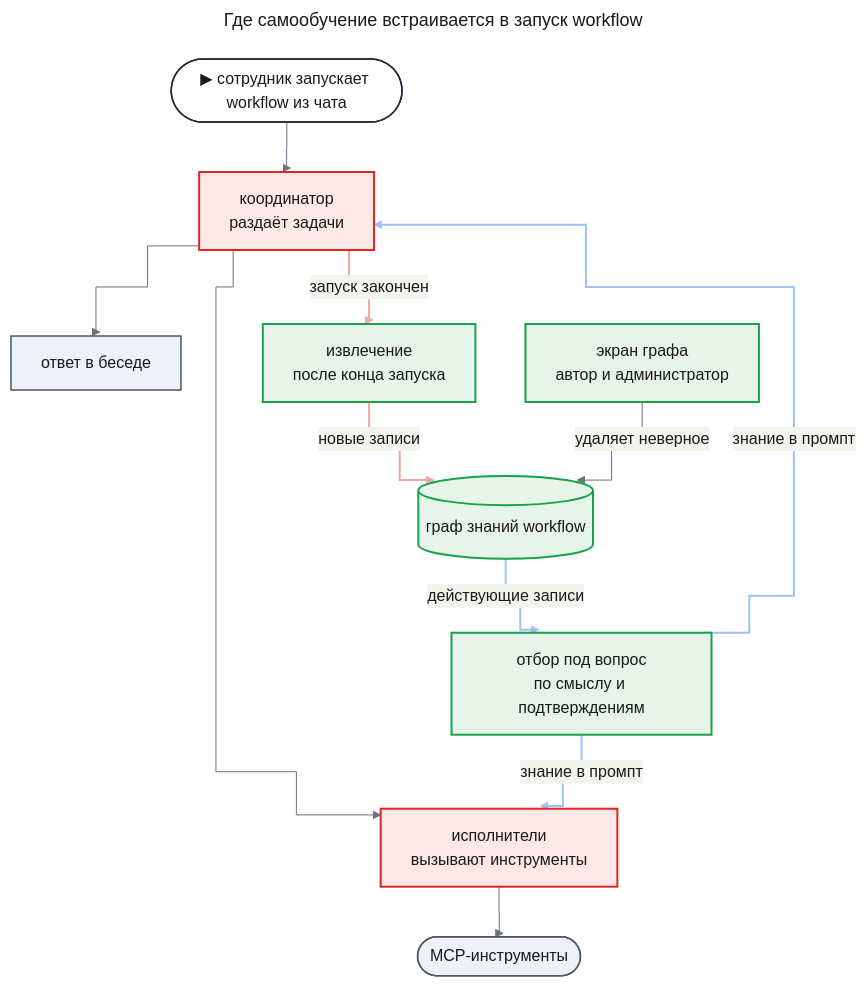
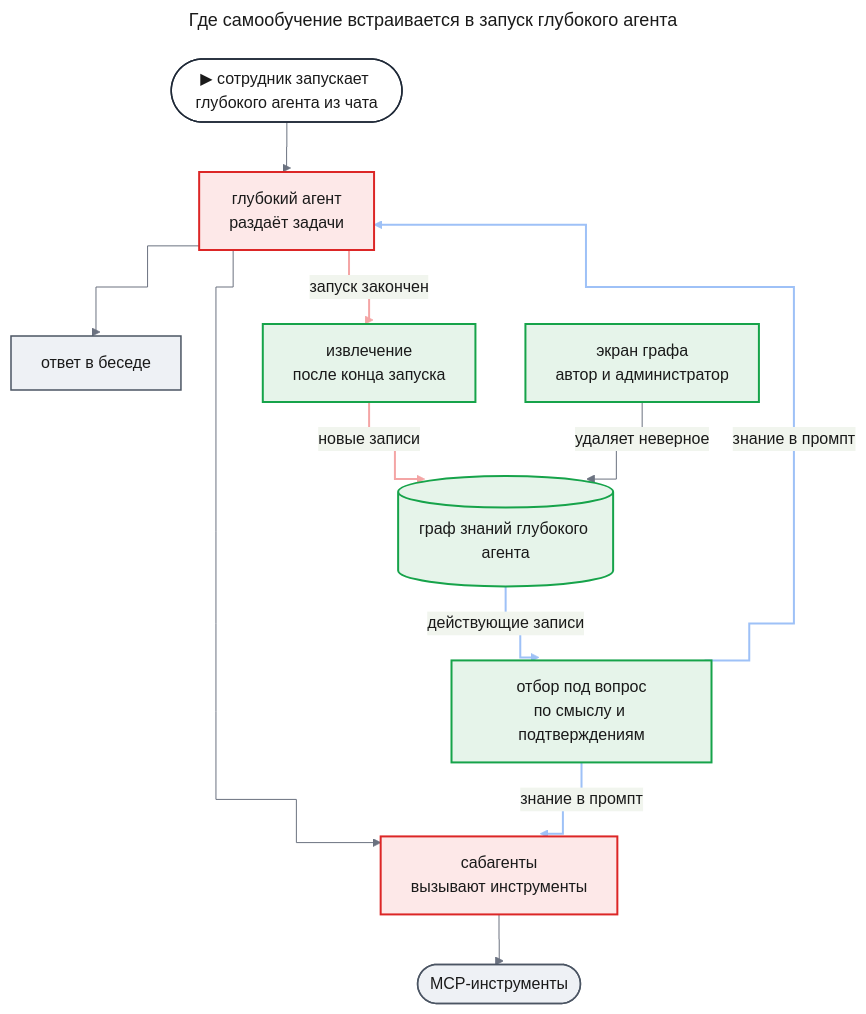
Before and after one commit to tundraray/agent-os: the first of 3 diagrams in docs/features/self-learning/prd.md, drawn with Mermaid. The commit also changed other lines of this file and 3 other files, not shown here.

````diff
--- a/docs/features/self-learning/prd.md
+++ b/docs/features/self-learning/prd.md
@@ -48,56 +48,56 @@
 ```mermaid
 ---
-title: "Где самообучение встраивается в запуск workflow"
+title: "Где самообучение встраивается в запуск глубокого агента"
 config:
   theme: base
   look: classic
   themeVariables:
     primaryColor: "#eef1f5"
     primaryBorderColor: "#4b5563"
     primaryTextColor: "#1a1a1a"
     lineColor: "#6b7280"
   flowchart:
     curve: step
   themeCSS: |
     @keyframes lit_sl1{0%,18%{stroke:#991b1b;stroke-width:6px}20%,100%{stroke:#f4a5a5;stroke-width:2px}}
     @keyframes litr_sl1{0%,18%{stroke:#1d4ed8;stroke-width:6px}20%,100%{stroke:#9ec1f7;stroke-width:2px}}
 ---
 flowchart TB
-    entry(["▶ сотрудник запускает workflow из чата"])
-    coord["координатор<br/>раздаёт задачи"]
-    exec["исполнители<br/>вызывают инструменты"]
+    entry(["▶ сотрудник запускает глубокого агента из чата"])
+    coord["глубокий агент<br/>раздаёт задачи"]
+    exec["сабагенты<br/>вызывают инструменты"]
     tools(["MCP-инструменты"])
     answer["ответ в беседе"]
     extract["извлечение<br/>после конца запуска"]
-    kg[("граф знаний workflow")]
+    kg[("граф знаний глубокого агента")]
     pick["отбор под вопрос<br/>по смыслу и подтверждениям"]
     screen["экран графа<br/>автор и администратор"]
     entry --> coord
     coord --> exec
     exec --> tools
     coord --> answer
     coord e1@-->|"запуск закончен"| extract
     extract e2@-->|"новые записи"| kg
     kg e3@-->|"действующие записи"| pick
     pick e4@-->|"знание в промпт"| coord
     pick e5@-->|"знание в промпт"| exec
     screen -->|"удаляет неверное"| kg
     classDef entry fill:#ffffff,stroke:#1f2937,stroke-width:1.5px,color:#1a1a1a
     classDef changed fill:#fde8e8,stroke:#dc2626,stroke-width:2px,color:#1a1a1a
     classDef new fill:#e6f4ea,stroke:#16a34a,stroke-width:2px,color:#1a1a1a
     classDef unchanged fill:#eef1f5,stroke:#4b5563,stroke-width:1.5px,color:#1a1a1a
     classDef w1 stroke:#f4a5a5,stroke-width:2px,animation:lit_sl1 6s linear 0s infinite
     classDef w2 stroke:#f4a5a5,stroke-width:2px,animation:lit_sl1 6s linear 1.2s infinite
     classDef r3 stroke:#9ec1f7,stroke-width:2px,animation:litr_sl1 6s linear 2.4s infinite
     classDef r4 stroke:#9ec1f7,stroke-width:2px,animation:litr_sl1 6s linear 3.6s infinite
     classDef r5 stroke:#9ec1f7,stroke-width:2px,animation:litr_sl1 6s linear 4.8s infinite
     class entry entry
     class coord,exec changed
     class extract,kg,pick,screen new
     class tools,answer unchanged
     class e1 w1
     class e2 w2
     class e3 r3
     class e4 r4
     class e5 r5
 ```
````
